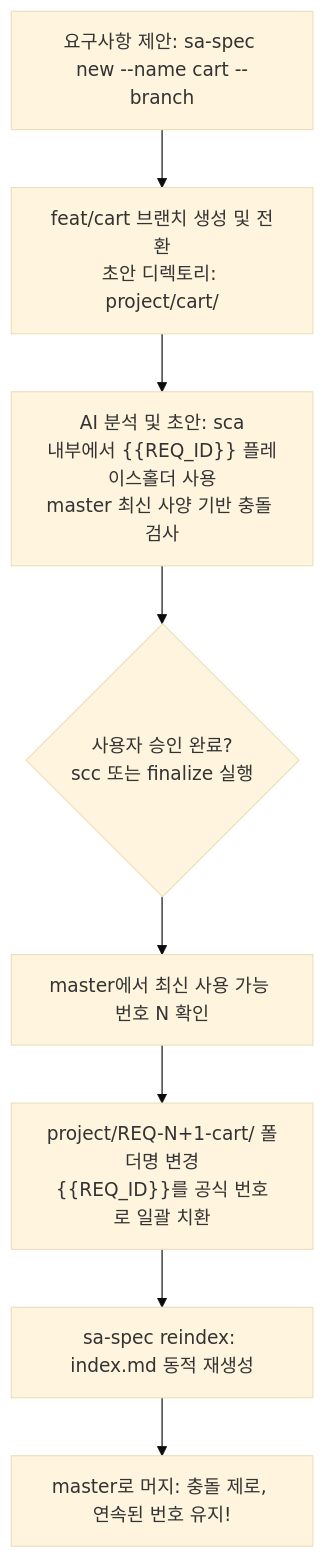
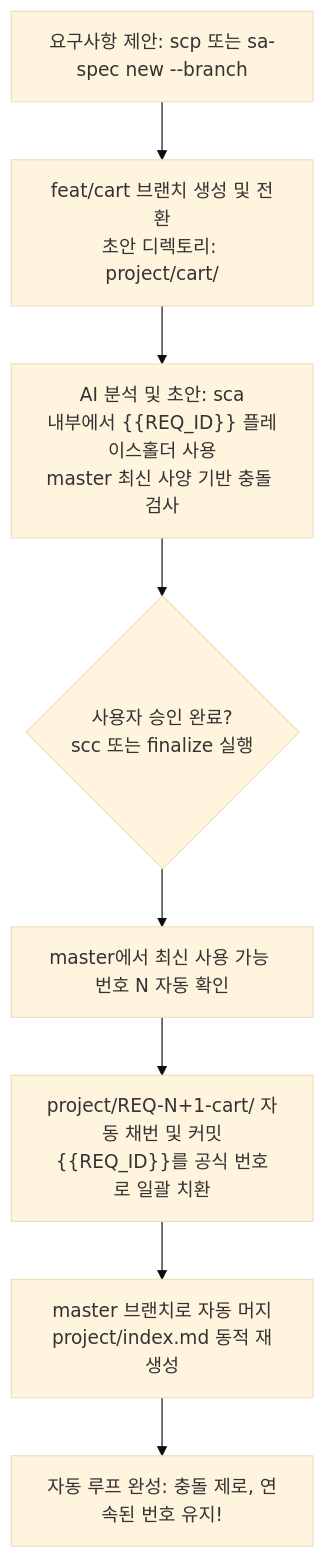
The diagram in README.ko.md (lovius215/ai_spec), drawn with Mermaid (base theme) before and after one commit. The commit also changed other lines of this file and 12 other files, not shown here.

````diff
--- a/README.ko.md
+++ b/README.ko.md
@@ -103,10 +103,10 @@
 ```mermaid
 flowchart TD
-    A["요구사항 제안: sa-spec new --name cart --branch"] --> B["feat/cart 브랜치 생성 및 전환<br/>초안 디렉토리: project/cart/"]
+    A["요구사항 제안: scp 또는 sa-spec new --branch"] --> B["feat/cart 브랜치 생성 및 전환<br/>초안 디렉토리: project/cart/"]
     B --> C["AI 분석 및 초안: sca<br/>내부에서 {{REQ_ID}} 플레이스홀더 사용<br/>master 최신 사양 기반 충돌 검사"]
     C --> D{"사용자 승인 완료?<br/>scc 또는 finalize 실행"}
-    D --> E["master에서 최신 사용 가능 번호 N 확인"]
-    E --> F["project/REQ-N+1-cart/ 폴더명 변경<br/>{{REQ_ID}}를 공식 번호로 일괄 치환"]
-    F --> G["sa-spec reindex: index.md 동적 재생성"]
-    G --> H["master로 머지: 충돌 제로, 연속된 번호 유지!"]
+    D --> E["master에서 최신 사용 가능 번호 N 자동 확인"]
+    E --> F["project/REQ-N+1-cart/ 자동 채번 및 커밋<br/>{{REQ_ID}}를 공식 번호로 일괄 치환"]
+    F --> G["master 브랜치로 자동 머지<br/>project/index.md 동적 재생성"]
+    G --> H["자동 루프 완성: 충돌 제로, 연속된 번호 유지!"]
 ```
````
